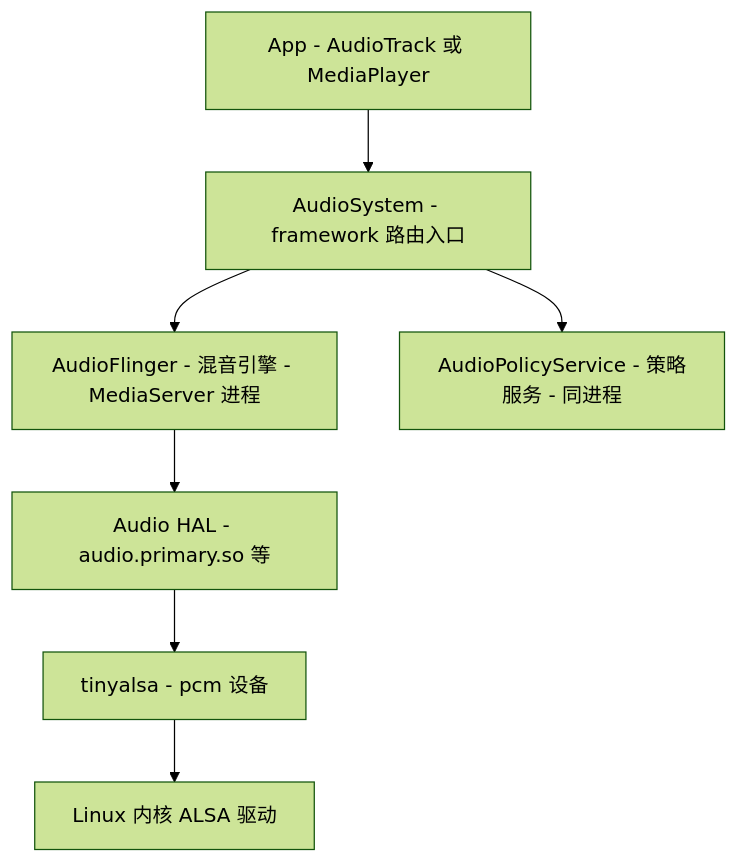
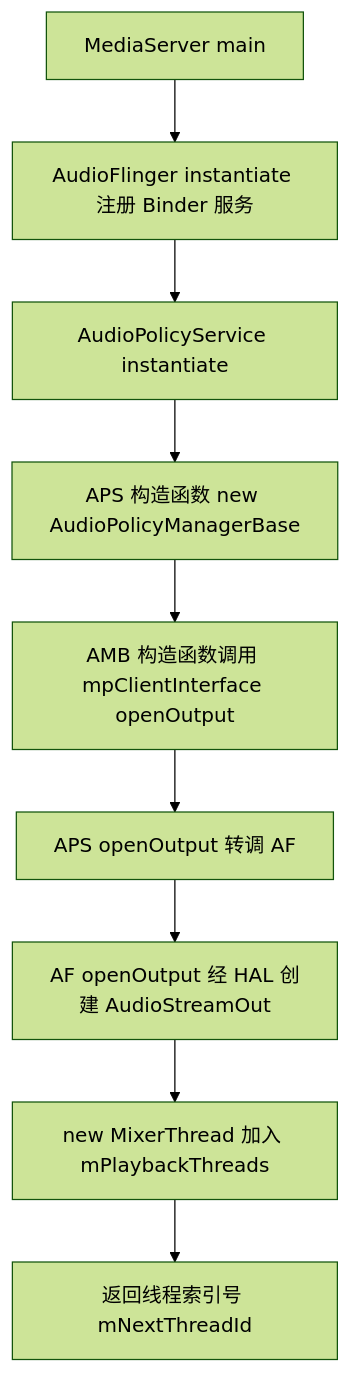
Before and after one commit to coswit/coswit.github.io: the first of 2 diagrams in Android/深入理解Android卷I/06-深入理解Audio系统.md, drawn with Mermaid (forest theme). The commit also changed other lines of this file and 81 other files, not shown here.

````diff
--- a/Android/深入理解Android卷I/06-深入理解Audio系统.md
+++ b/Android/深入理解Android卷I/06-深入理解Audio系统.md
@@ -5,9 +519,11 @@
 ```mermaid
-graph TD
-    A[App - AudioTrack 或 MediaPlayer] --> B[AudioSystem - framework 路由入口]
-    B --> C[AudioFlinger - 混音引擎 - MediaServer 进程]
-    B --> D[AudioPolicyService - 策略服务 - 同进程]
-    C --> E[Audio HAL - audio.primary.so 等]
-    E --> F[tinyalsa - pcm 设备]
-    F --> G[Linux 内核 ALSA 驱动]
+flowchart TD
+    A[MediaServer main] --> B[AudioFlinger instantiate 注册 Binder 服务]
+    B --> C[AudioPolicyService instantiate]
+    C --> D[APS 构造函数 new AudioPolicyManagerBase]
+    D --> E[AMB 构造函数调用 mpClientInterface openOutput]
+    E --> F[APS openOutput 转调 AF]
+    F --> G[AF openOutput 经 HAL 创建 AudioStreamOut]
+    G --> H[new MixerThread 加入 mPlaybackThreads]
+    H --> I[返回线程索引号 mNextThreadId]
 ```
````
